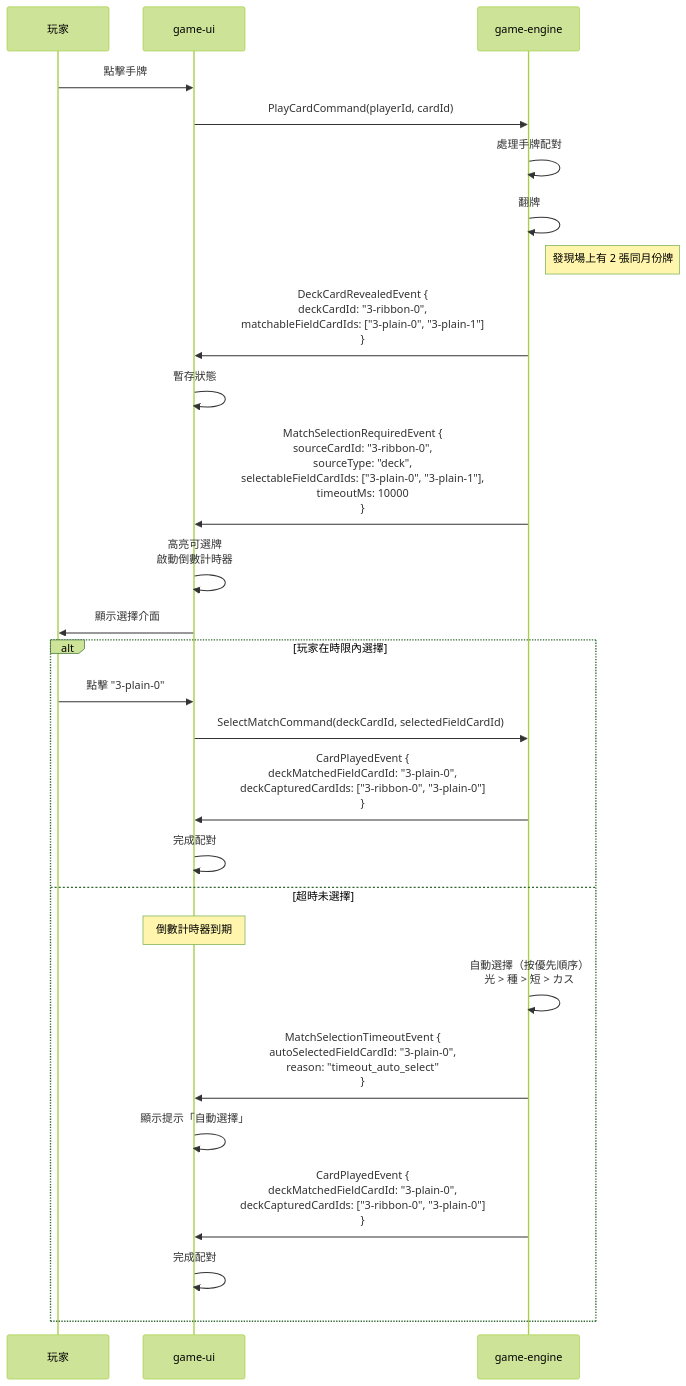
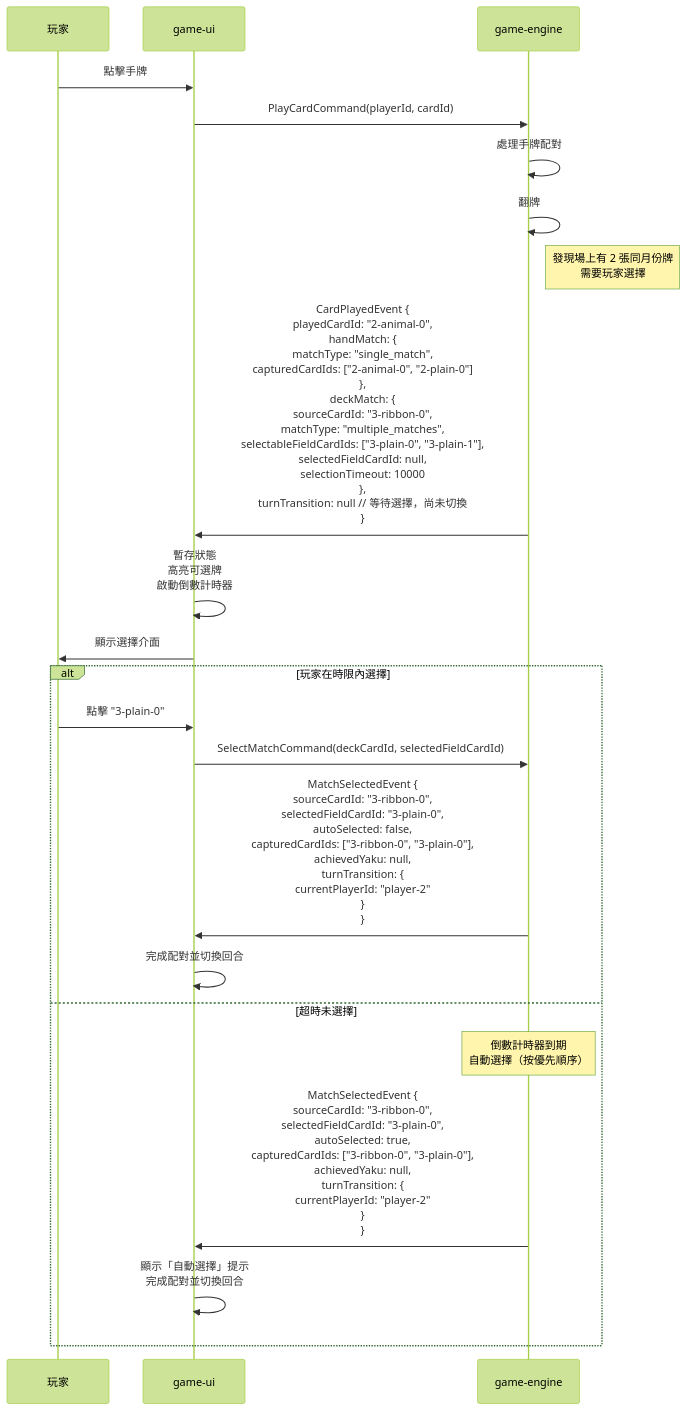
One commit to ychleo102615/hanahuda changed the fourth of 9 diagrams in specs/001-game-ui-game/contracts/event-sequence-diagram.md. Above: the diagram before and after it, drawn with Mermaid (forest theme). The commit also changed other lines of this file and 4 other files, not shown here.

````diff
--- a/specs/001-game-ui-game/contracts/event-sequence-diagram.md
+++ b/specs/001-game-ui-game/contracts/event-sequence-diagram.md
@@ -109,33 +123,28 @@
 ```mermaid
 sequenceDiagram
     participant Player as 玩家
     participant UI as game-ui
     participant Engine as game-engine
 
     Player->>UI: 點擊手牌
     UI->>Engine: PlayCardCommand(playerId, cardId)
     Engine->>Engine: 處理手牌配對
     Engine->>Engine: 翻牌
-    Note right of Engine: 發現場上有 2 張同月份牌
+    Note right of Engine: 發現場上有 2 張同月份牌<br/>需要玩家選擇
 
-    Engine->>UI: DeckCardRevealedEvent {<br/>  deckCardId: "3-ribbon-0",<br/>  matchableFieldCardIds: ["3-plain-0", "3-plain-1"]<br/>}
-    UI->>UI: 暫存狀態
+    Engine->>UI: CardPlayedEvent {<br/>  playedCardId: "2-animal-0",<br/>  handMatch: {<br/>    matchType: "single_match",<br/>    capturedCardIds: ["2-animal-0", "2-plain-0"]<br/>  },<br/>  deckMatch: {<br/>    sourceCardId: "3-ribbon-0",<br/>    matchType: "multiple_matches",<br/>    selectableFieldCardIds: ["3-plain-0", "3-plain-1"],<br/>    selectedFieldCardId: null,<br/>    selectionTimeout: 10000<br/>  },<br/>  turnTransition: null  // 等待選擇，尚未切換<br/>}
 
-    Engine->>UI: MatchSelectionRequiredEvent {<br/>  sourceCardId: "3-ribbon-0",<br/>  sourceType: "deck",<br/>  selectableFieldCardIds: ["3-plain-0", "3-plain-1"],<br/>  timeoutMs: 10000<br/>}
-    UI->>UI: 高亮可選牌<br/>啟動倒數計時器
+    UI->>UI: 暫存狀態<br/>高亮可選牌<br/>啟動倒數計時器
     UI->>Player: 顯示選擇介面
 
     alt 玩家在時限內選擇
         Player->>UI: 點擊 "3-plain-0"
         UI->>Engine: SelectMatchCommand(deckCardId, selectedFieldCardId)
-        Engine->>UI: CardPlayedEvent {<br/>  deckMatchedFieldCardId: "3-plain-0",<br/>  deckCapturedCardIds: ["3-ribbon-0", "3-plain-0"]<br/>}
-        UI->>UI: 完成配對
+        Engine->>UI: MatchSelectedEvent {<br/>  sourceCardId: "3-ribbon-0",<br/>  selectedFieldCardId: "3-plain-0",<br/>  autoSelected: false,<br/>  capturedCardIds: ["3-ribbon-0", "3-plain-0"],<br/>  achievedYaku: null,<br/>  turnTransition: {<br/>    currentPlayerId: "player-2"<br/>  }<br/>}
+        UI->>UI: 完成配對並切換回合
     else 超時未選擇
-        Note over UI: 倒數計時器到期
-        Engine->>Engine: 自動選擇（按優先順序）<br/>光 > 種 > 短 > カス
-        Engine->>UI: MatchSelectionTimeoutEvent {<br/>  autoSelectedFieldCardId: "3-plain-0",<br/>  reason: "timeout_auto_select"<br/>}
-        UI->>UI: 顯示提示「自動選擇」
-        Engine->>UI: CardPlayedEvent {<br/>  deckMatchedFieldCardId: "3-plain-0",<br/>  deckCapturedCardIds: ["3-ribbon-0", "3-plain-0"]<br/>}
-        UI->>UI: 完成配對
+        Note over Engine: 倒數計時器到期<br/>自動選擇（按優先順序）
+        Engine->>UI: MatchSelectedEvent {<br/>  sourceCardId: "3-ribbon-0",<br/>  selectedFieldCardId: "3-plain-0",<br/>  autoSelected: true,<br/>  capturedCardIds: ["3-ribbon-0", "3-plain-0"],<br/>  achievedYaku: null,<br/>  turnTransition: {<br/>    currentPlayerId: "player-2"<br/>  }<br/>}
+        UI->>UI: 顯示「自動選擇」提示<br/>完成配對並切換回合
     end
 ```
````
